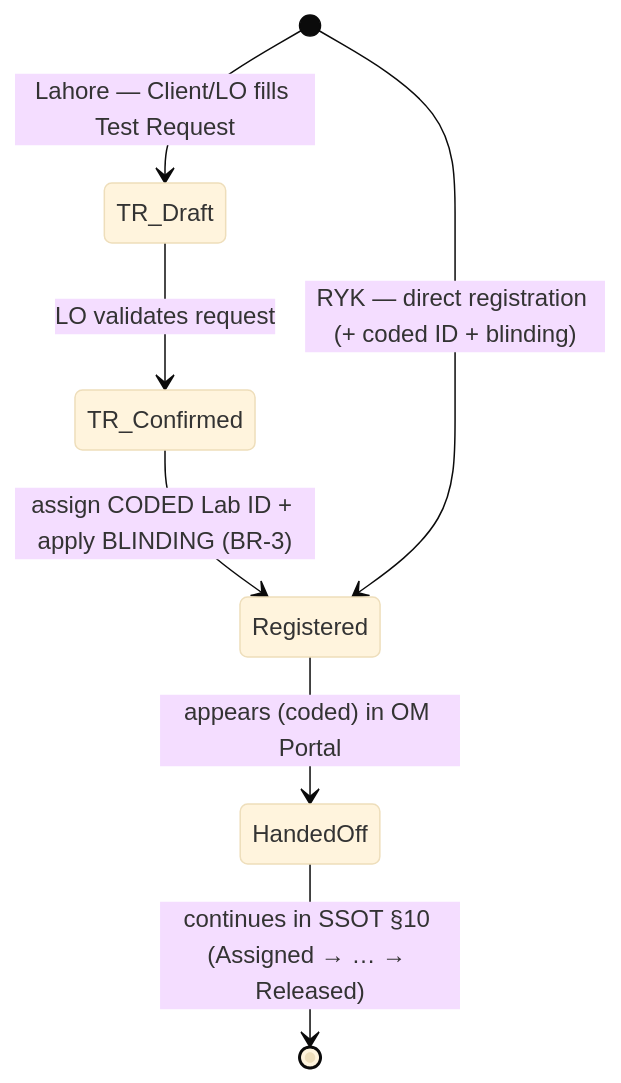
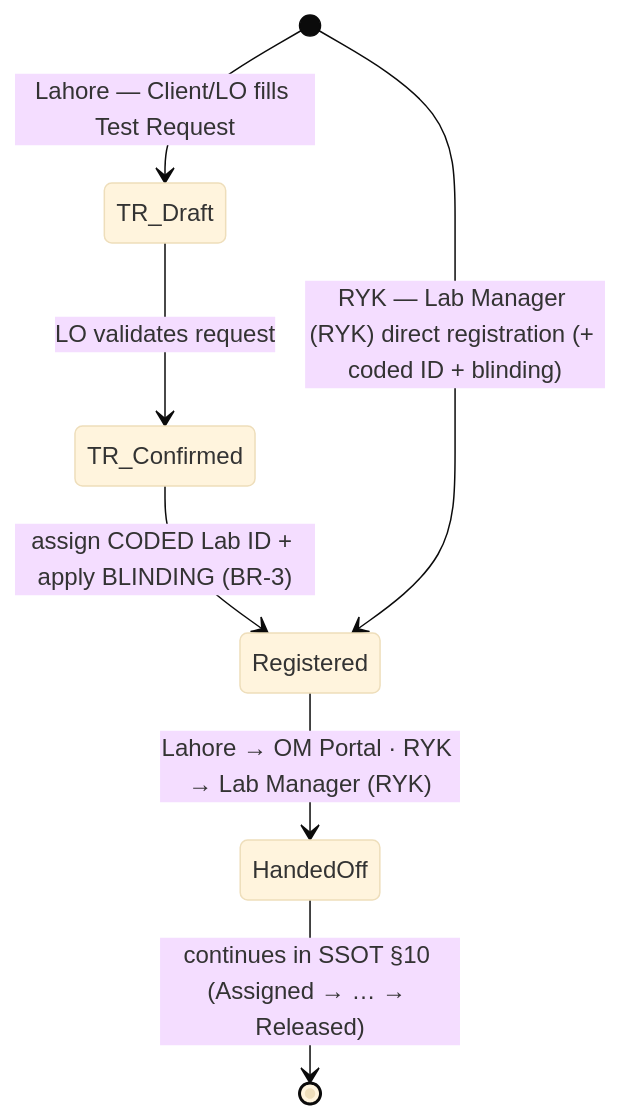
Before and after one commit to Hawk8066/BECS-Analytics-LIMS: the diagram in docs/modules/03-samples-and-client.md, drawn with Mermaid (base theme). The commit also changed other lines of this file, not shown here.

Commit message:
docs(samples): RYK Lab Manager registrar + Bio Tech client (accredited)

````diff
--- a/docs/modules/03-samples-and-client.md
+++ b/docs/modules/03-samples-and-client.md
@@ -97,9 +97,9 @@
 ```mermaid
 stateDiagram-v2
     [*] --> TR_Draft: Lahore — Client/LO fills Test Request
     TR_Draft --> TR_Confirmed: LO validates request
     TR_Confirmed --> Registered: assign CODED Lab ID + apply BLINDING (BR-3)
-    [*] --> Registered: RYK — direct registration (+ coded ID + blinding)
-    Registered --> HandedOff: appears (coded) in OM Portal
+    [*] --> Registered: RYK — Lab Manager (RYK) direct registration (+ coded ID + blinding)
+    Registered --> HandedOff: Lahore → OM Portal · RYK → Lab Manager (RYK)
     HandedOff --> [*]: continues in SSOT §10 (Assigned → … → Released)
 ```
````
